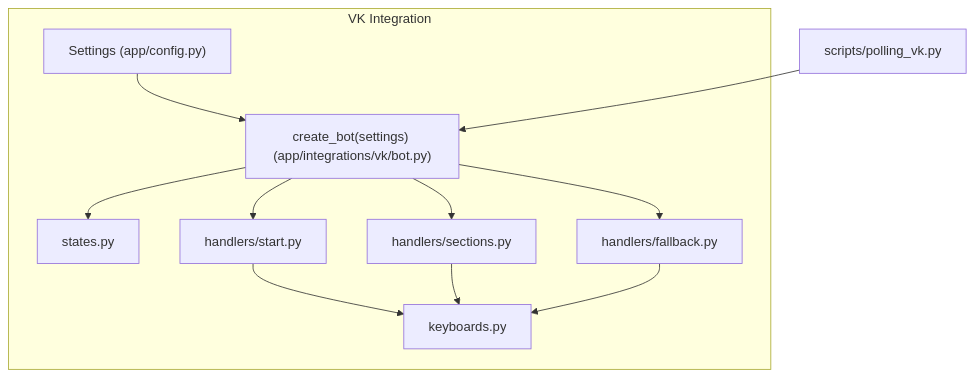
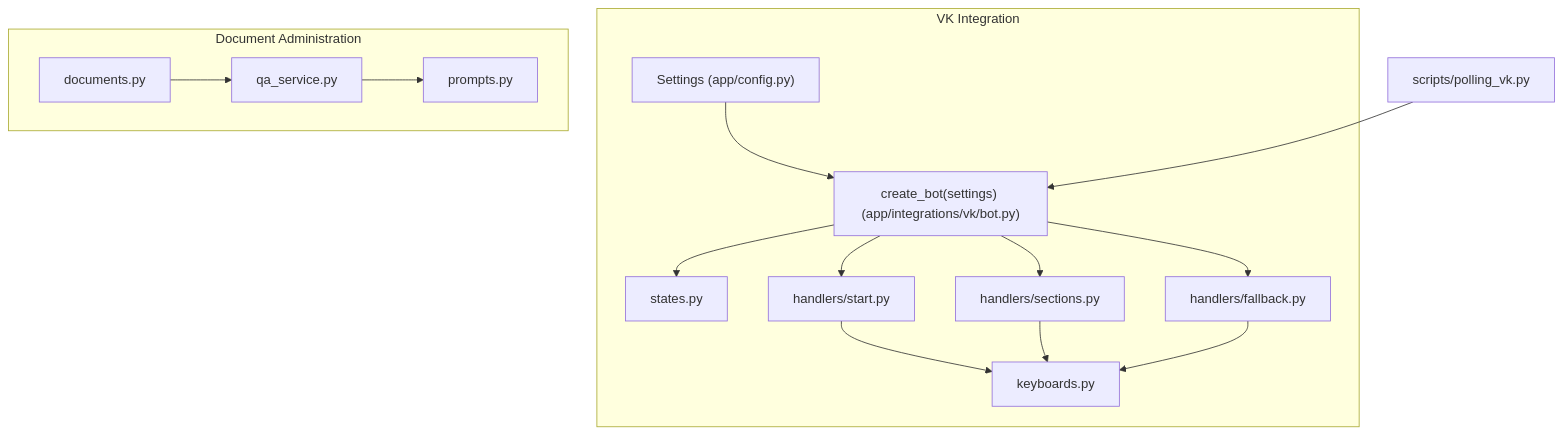
One commit to ognelis/cafetera_hr_bot changed the first of 7 diagrams in .qoder/repowiki/en/content/API Reference/API Reference.md. Above: the diagram before and after it, drawn with Mermaid. The commit also changed other lines of this file and 6 other files, not shown here.

````diff
--- a/.qoder/repowiki/en/content/API Reference/API Reference.md
+++ b/.qoder/repowiki/en/content/API Reference/API Reference.md
@@ -53,22 +69,29 @@
 ```mermaid
 graph TB
 subgraph "VK Integration"
 CFG["Settings (app/config.py)"]
 BOT["create_bot(settings) (app/integrations/vk/bot.py)"]
 KB["keyboards.py"]
 ST["states.py"]
 HD_START["handlers/start.py"]
 HD_SECTIONS["handlers/sections.py"]
 HD_FALL["handlers/fallback.py"]
 end
+subgraph "Document Administration"
+DOC_API["documents.py"]
+QA_SERVICE["qa_service.py"]
+PROMPTS["prompts.py"]
+end
 DEV["scripts/polling_vk.py"]
 CFG --> BOT
 BOT --> HD_START
 BOT --> HD_SECTIONS
 BOT --> HD_FALL
 HD_START --> KB
 HD_SECTIONS --> KB
 HD_FALL --> KB
 BOT --> ST
+DOC_API --> QA_SERVICE
+QA_SERVICE --> PROMPTS
 DEV --> BOT
 ```
````
